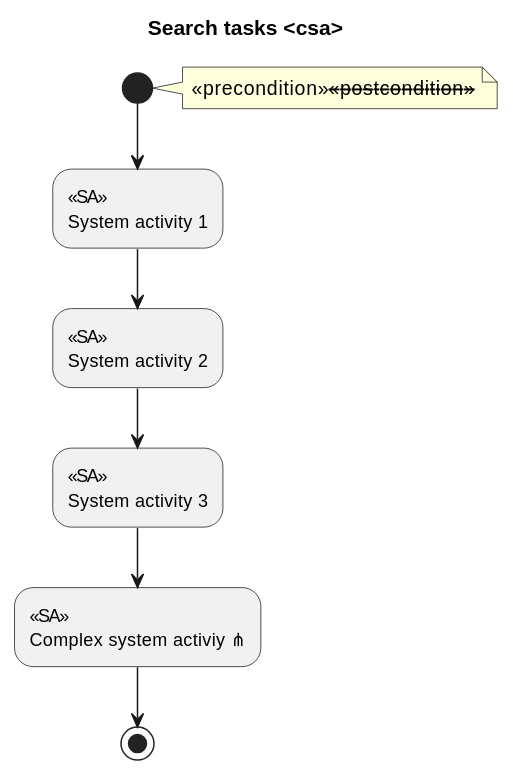
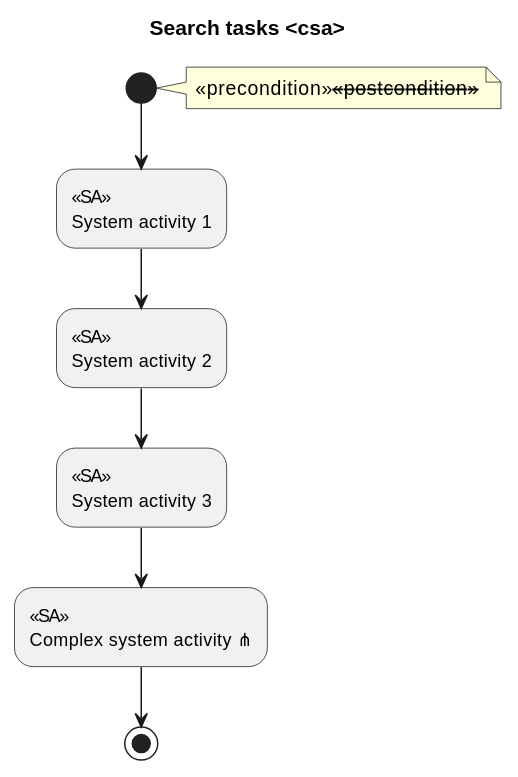
Before and after one commit to bzg/bugpile: diagram 41 of 46 in doc/worg/org-contrib/gsoc2012/student-projects/bugpile/i.org, drawn with PlantUML. The commit also changed other lines of this file and 1 other file, not shown here.

```diff
--- a/doc/worg/org-contrib/gsoc2012/student-projects/bugpile/i.org
+++ b/doc/worg/org-contrib/gsoc2012/student-projects/bugpile/i.org
@@ -1616,9 +1626,9 @@
 #+begin_src plantuml :file ../../../../images/gsoc/2012/bugpile/search-tasks-uml-csa.png 
   title Search tasks <csa>
   note right: <<precondition>>--<<postcondition>>--
   (*) --> "<<SA>>\nSystem activity 1"
   --> "<<SA>>\nSystem activity 2"
   --> "<<SA>>\nSystem activity 3"
-  --> "<<SA>>\nComplex system activiy ⋔"
+  --> "<<SA>>\nComplex system activity ⋔"
   --> (*)
 #+end_src
```
